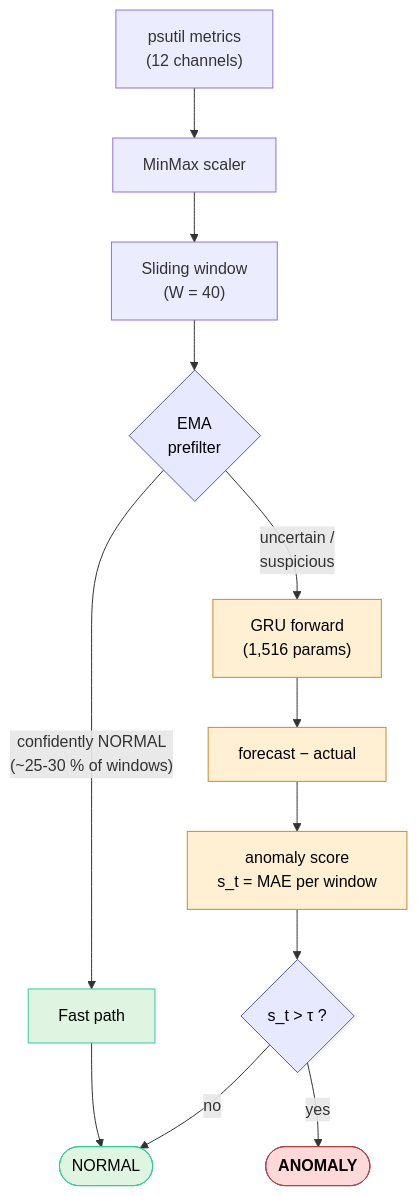
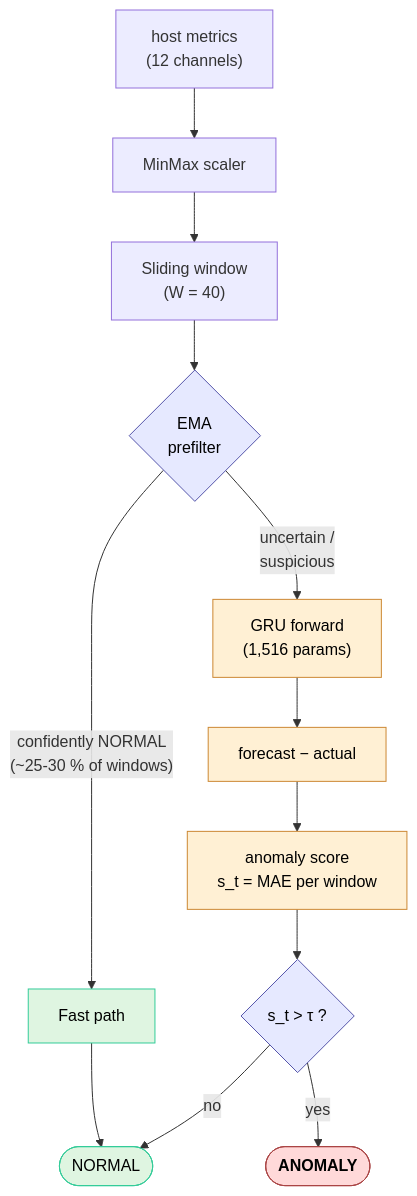
The diagram in README.md (1minEpowMinX/iot-edge-ai-anomaly-detector-public), drawn with Mermaid before and after one commit. The commit also changed other lines of this file and 1 other file, not shown here.

````diff
--- a/README.md
+++ b/README.md
@@ -73,27 +107,27 @@
 ```mermaid
 flowchart TB
-    M["psutil metrics<br>(12 channels)"] --> S["MinMax scaler"]
+    M["host metrics<br>(12 channels)"] --> S["MinMax scaler"]
     S --> W["Sliding window<br>(W = 40)"]
     W --> P{"EMA<br>prefilter"}
     P -- confidently NORMAL<br>(~25-30 % of windows) --> FAST["Fast path"]
     P -- uncertain /<br>suspicious --> G["GRU forward<br>(1,516 params)"]
     G --> R["forecast − actual"]
     R --> SC["anomaly score<br>s_t = MAE per window"]
     SC --> T{"s_t &gt; τ ?"}
     T -- no --> N(["NORMAL"])
     T -- yes --> A(["ANOMALY"])
     FAST --> N
      P:::decision
      FAST:::fast
      G:::gru
      R:::gru
      SC:::gru
      T:::decision
      A:::anomalyEnd
      N:::normalEnd
     classDef fast fill:#dff5e1,stroke:#3c9,color:#000
     classDef gru fill:#fff0d4,stroke:#c83,color:#000
     classDef decision fill:#e6e9ff,stroke:#55a,color:#000
     classDef anomalyEnd fill:#ffd9d9,stroke:#a44,color:#000,font-weight:bold
     classDef normalEnd fill:#dff5e1,stroke:#3c9,color:#000
 ```
````
